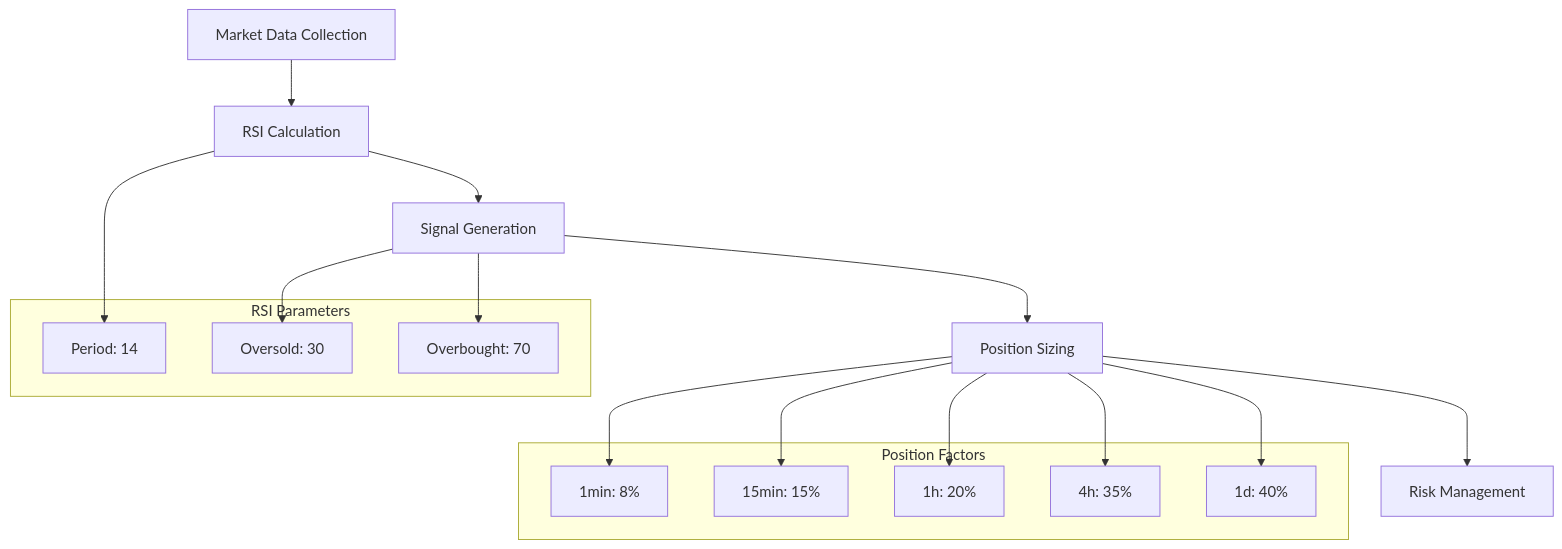
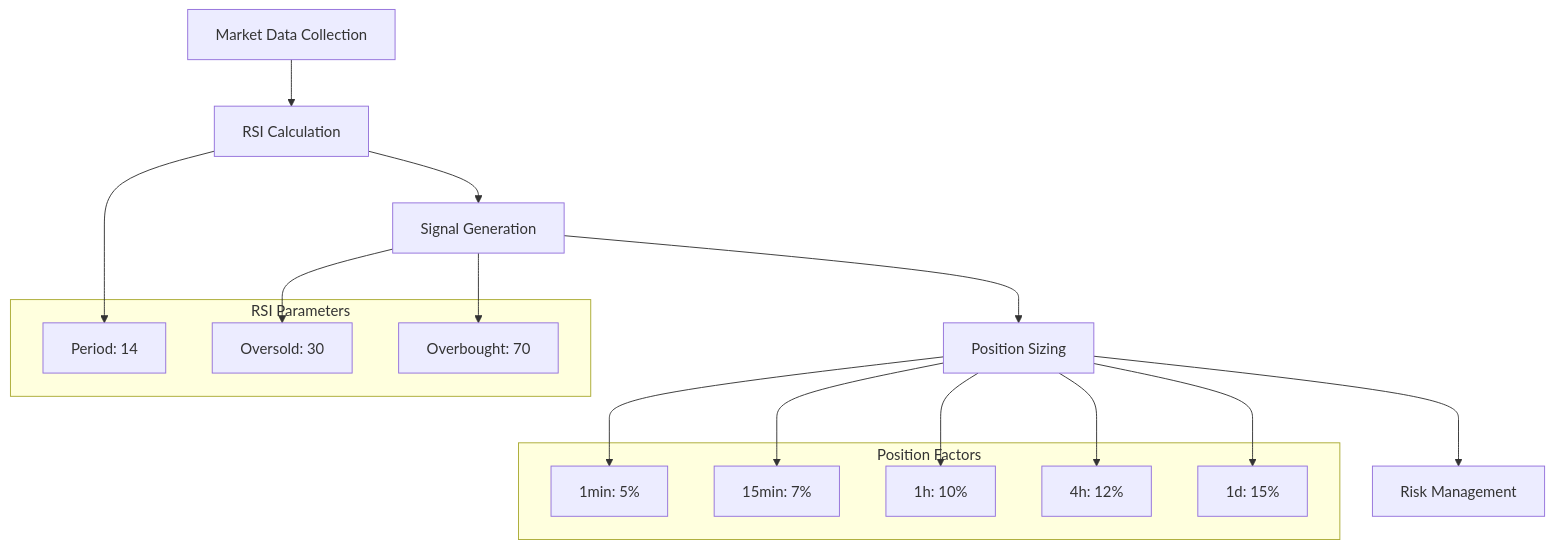
One commit to SoldevBot/meteora-rsi-trading-bot changed the tenth of 12 diagrams in README.md. Above: the diagram before and after it, drawn with Mermaid. The commit also changed other lines of this file, not shown here.

Commit message:
fix Unable to render rich display

````diff
--- a/README.md
+++ b/README.md
@@ -505,30 +505,30 @@
 ```mermaid
 graph TD
     A[Market Data Collection] --> B[RSI Calculation]
     B --> C[Signal Generation]
     C --> D[Position Sizing]
     D --> E[Risk Management]
     
     subgraph "RSI Parameters"
         F[Period: 14]
         G[Oversold: 30]
         H[Overbought: 70]
     end
     
     subgraph "Position Factors"
-        I[1min: 8%]
-        J[15min: 15%]
-        K[1h: 20%]
-        L[4h: 35%]
-        M[1d: 40%]
+        I[1min: 5%]
+        J[15min: 7%]
+        K[1h: 10%]
+        L[4h: 12%]
+        M[1d: 15%]
     end
     
     B --> F
     C --> G
     C --> H
     D --> I
     D --> J
     D --> K
     D --> L
     D --> M
 ```
````
